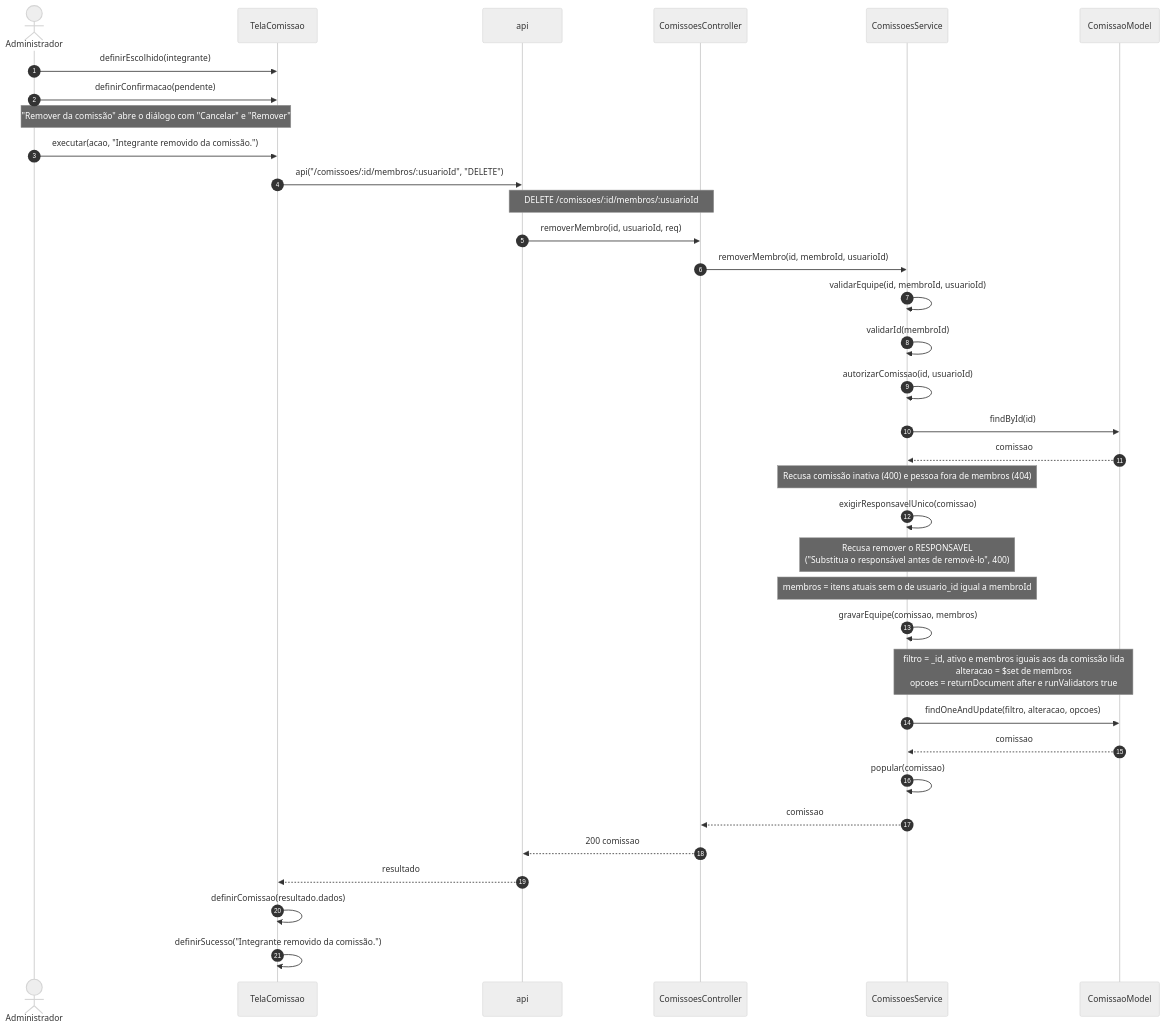
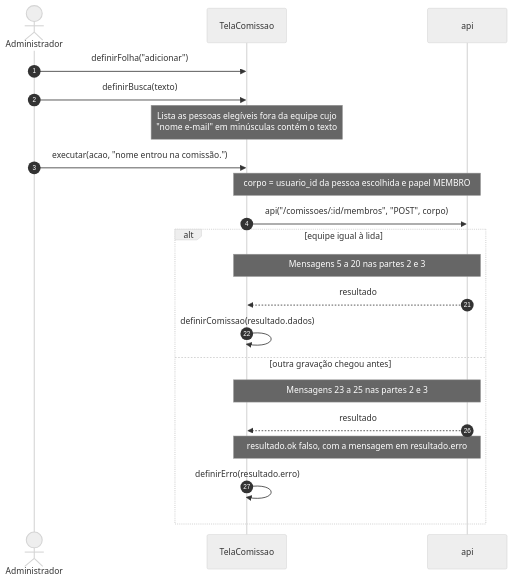
One commit to Conecta-IFSP/DOCUMENTATION changed diagram 20 of 28 in 2 - Incremento 1/cadastro-comissao/6 - diagramas-sequencia-cadastro-comissao.md. Above: the diagram before and after it, drawn with Mermaid (neutral theme). The commit also changed other lines of this file and 5 other files, not shown here.

Commit message:
Divide os diagramas de sequência dos incrementos 1 e 2 em partes legíveis

````diff
--- a/2 - Incremento 1/cadastro-comissao/6 - diagramas-sequencia-cadastro-comissao.md
+++ b/2 - Incremento 1/cadastro-comissao/6 - diagramas-sequencia-cadastro-comissao.md
@@ -434,37 +538,25 @@
 ```mermaid
 sequenceDiagram
-    autonumber
+    autonumber 1
     actor U as Administrador
     participant T as TelaComissao
     participant A as api
-    participant C as ComissoesController
-    participant S as ComissoesService
-    participant M as ComissaoModel
-    U->>T: definirEscolhido(integrante)
-    U->>T: definirConfirmacao(pendente)
-    Note over U,T: "Remover da comissão" abre o diálogo com "Cancelar" e "Remover"
-    U->>T: executar(acao, "Integrante removido da comissão.")
-    T->>A: api("/comissoes/:id/membros/:usuarioId", "DELETE")
-    Note over A,C: DELETE /comissoes/:id/membros/:usuarioId
-    A->>C: removerMembro(id, usuarioId, req)
-    C->>S: removerMembro(id, membroId, usuarioId)
-    S->>S: validarEquipe(id, membroId, usuarioId)
-    S->>S: validarId(membroId)
-    S->>S: autorizarComissao(id, usuarioId)
-    S->>M: findById(id)
-    M-->>S: comissao
-    Note over S: Recusa comissão inativa (400) e pessoa fora de membros (404)
-    S->>S: exigirResponsavelUnico(comissao)
-    Note over S: Recusa remover o RESPONSAVEL<br/>("Substitua o responsável antes de removê-lo", 400)
-    Note over S: membros = itens atuais sem o de usuario_id igual a membroId
-    S->>S: gravarEquipe(comissao, membros)
-    Note over S,M: filtro = _id, ativo e membros iguais aos da comissão lida<br/>alteracao = $set de membros<br/>opcoes = returnDocument after e runValidators true
-    S->>M: findOneAndUpdate(filtro, alteracao, opcoes)
-    M-->>S: comissao
-    S->>S: popular(comissao)
-    S-->>C: comissao
-    C-->>A: 200 comissao
-    A-->>T: resultado
-    T->>T: definirComissao(resultado.dados)
-    T->>T: definirSucesso("Integrante removido da comissão.")
+    U->>T: definirFolha("adicionar")
+    U->>T: definirBusca(texto)
+    Note over T: Lista as pessoas elegíveis fora da equipe cujo<br/>"nome e-mail" em minúsculas contém o texto
+    U->>T: executar(acao, "nome entrou na comissão.")
+    Note over T,A: corpo = usuario_id da pessoa escolhida e papel MEMBRO
+    T->>A: api("/comissoes/:id/membros", "POST", corpo)
+    alt equipe igual à lida
+        Note over T,A: Mensagens 5 a 20 nas partes 2 e 3
+        autonumber 21
+        A-->>T: resultado
+        T->>T: definirComissao(resultado.dados)
+    else outra gravação chegou antes
+        Note over T,A: Mensagens 23 a 25 nas partes 2 e 3
+        autonumber 26
+        A-->>T: resultado
+        Note over T,A: resultado.ok falso, com a mensagem em resultado.erro
+        T->>T: definirErro(resultado.erro)
+    end
 ```
````
